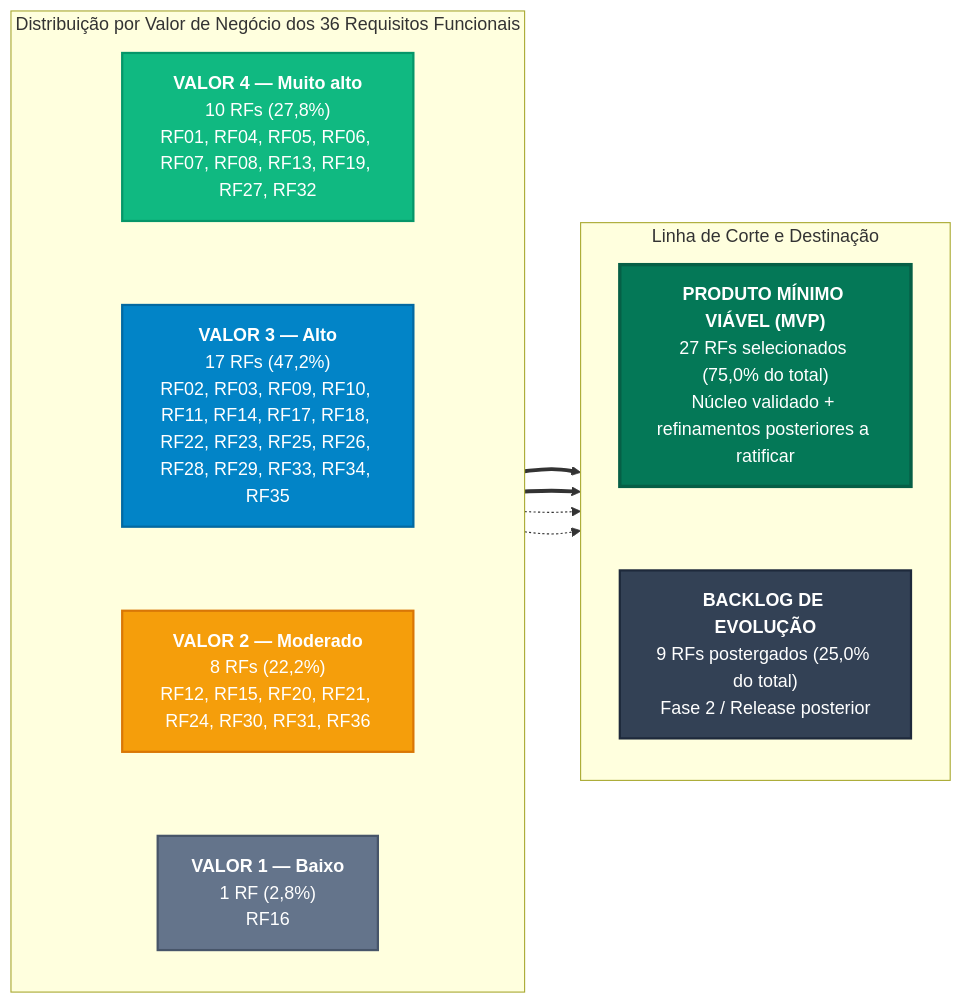
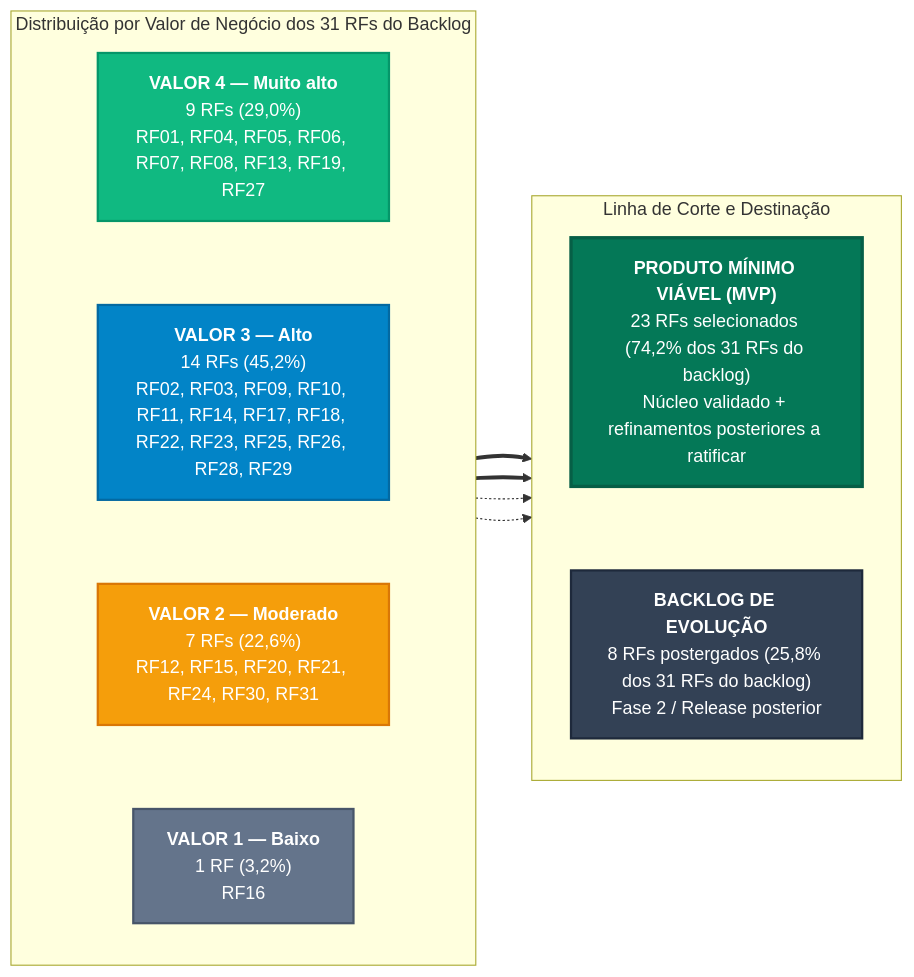
The first of 2 diagrams in docs/requisitos/priorizacao.md (mdsreq-fga-unb/REQ-2026.2-T01-DUOC-Finance), drawn with Mermaid before and after one commit. The commit also changed other lines of this file and 2 other files, not shown here.

Commit message:
fix: correção MVP e alinhamento com backlog desenvolvido

````diff
--- a/docs/requisitos/priorizacao.md
+++ b/docs/requisitos/priorizacao.md
@@ -80,39 +85,39 @@
 ```mermaid
 flowchart LR
-    subgraph NIVEIS["Distribuição por Valor de Negócio dos 36 Requisitos Funcionais"]
+    subgraph NIVEIS["Distribuição por Valor de Negócio dos 31 RFs do Backlog"]
         direction TB
-        V4["<b>VALOR 4 — Muito alto</b><br>10 RFs (27,8%)<br>RF01, RF04, RF05, RF06, RF07, RF08, RF13, RF19, RF27, RF32"]
-        V3["<b>VALOR 3 — Alto</b><br>17 RFs (47,2%)<br>RF02, RF03, RF09, RF10, RF11, RF14, RF17, RF18, RF22, RF23, RF25, RF26, RF28, RF29, RF33, RF34, RF35"]
-        V2["<b>VALOR 2 — Moderado</b><br>8 RFs (22,2%)<br>RF12, RF15, RF20, RF21, RF24, RF30, RF31, RF36"]
-        V1["<b>VALOR 1 — Baixo</b><br>1 RF (2,8%)<br>RF16"]
+        V4["<b>VALOR 4 — Muito alto</b><br>9 RFs (29,0%)<br>RF01, RF04, RF05, RF06, RF07, RF08, RF13, RF19, RF27"]
+        V3["<b>VALOR 3 — Alto</b><br>14 RFs (45,2%)<br>RF02, RF03, RF09, RF10, RF11, RF14, RF17, RF18, RF22, RF23, RF25, RF26, RF28, RF29"]
+        V2["<b>VALOR 2 — Moderado</b><br>7 RFs (22,6%)<br>RF12, RF15, RF20, RF21, RF24, RF30, RF31"]
+        V1["<b>VALOR 1 — Baixo</b><br>1 RF (3,2%)<br>RF16"]
         V4 ~~~ V3
         V3 ~~~ V2
         V2 ~~~ V1
     end
 
     subgraph DEST["Linha de Corte e Destinação"]
         direction TB
-        MVP["<b>PRODUTO MÍNIMO VIÁVEL (MVP)</b><br>27 RFs selecionados (75,0% do total)<br>Núcleo validado + refinamentos posteriores a ratificar"]
-        POST["<b>BACKLOG DE EVOLUÇÃO</b><br>9 RFs postergados (25,0% do total)<br>Fase 2 / Release posterior"]
+        MVP["<b>PRODUTO MÍNIMO VIÁVEL (MVP)</b><br>23 RFs selecionados (74,2% dos 31 RFs do backlog)<br>Núcleo validado + refinamentos posteriores a ratificar"]
+        POST["<b>BACKLOG DE EVOLUÇÃO</b><br>8 RFs postergados (25,8% dos 31 RFs do backlog)<br>Fase 2 / Release posterior"]
         MVP ~~~ POST
     end
 
     V4 ==> MVP
     V3 ==> MVP
     V2 -.-> POST
     V1 -.-> POST
 
     classDef v4Class fill:#10b981,stroke:#059669,stroke-width:2px,color:#ffffff;
     classDef v3Class fill:#0284c7,stroke:#0369a1,stroke-width:2px,color:#ffffff;
     classDef v2Class fill:#f59e0b,stroke:#d97706,stroke-width:2px,color:#ffffff;
     classDef v1Class fill:#64748b,stroke:#475569,stroke-width:2px,color:#ffffff;
     classDef mvpClass fill:#047857,stroke:#065f46,stroke-width:3px,color:#ffffff;
     classDef postClass fill:#334155,stroke:#1e293b,stroke-width:2px,color:#ffffff;
 
     class V4 v4Class;
     class V3 v3Class;
     class V2 v2Class;
     class V1 v1Class;
     class MVP mvpClass;
     class POST postClass;
 ```
````
